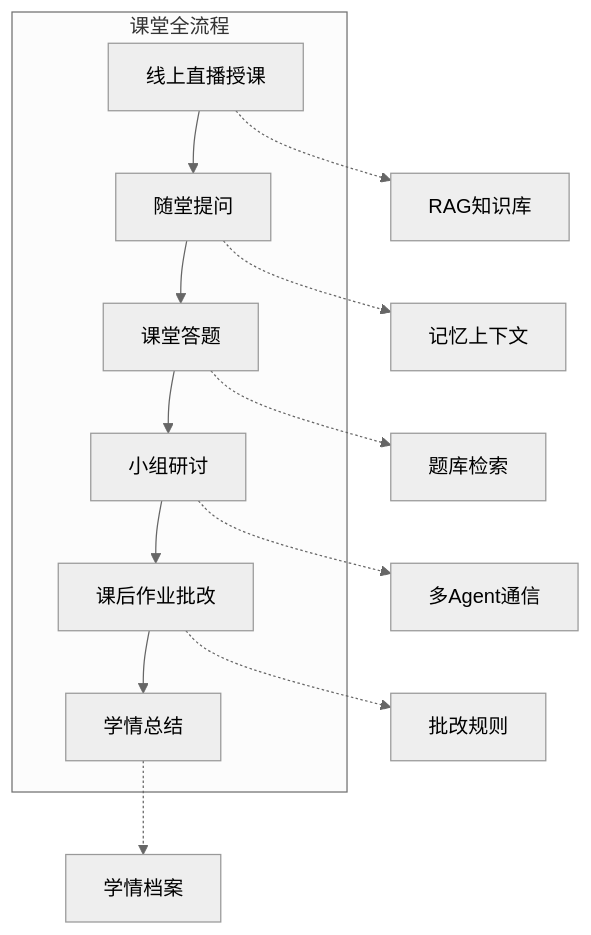
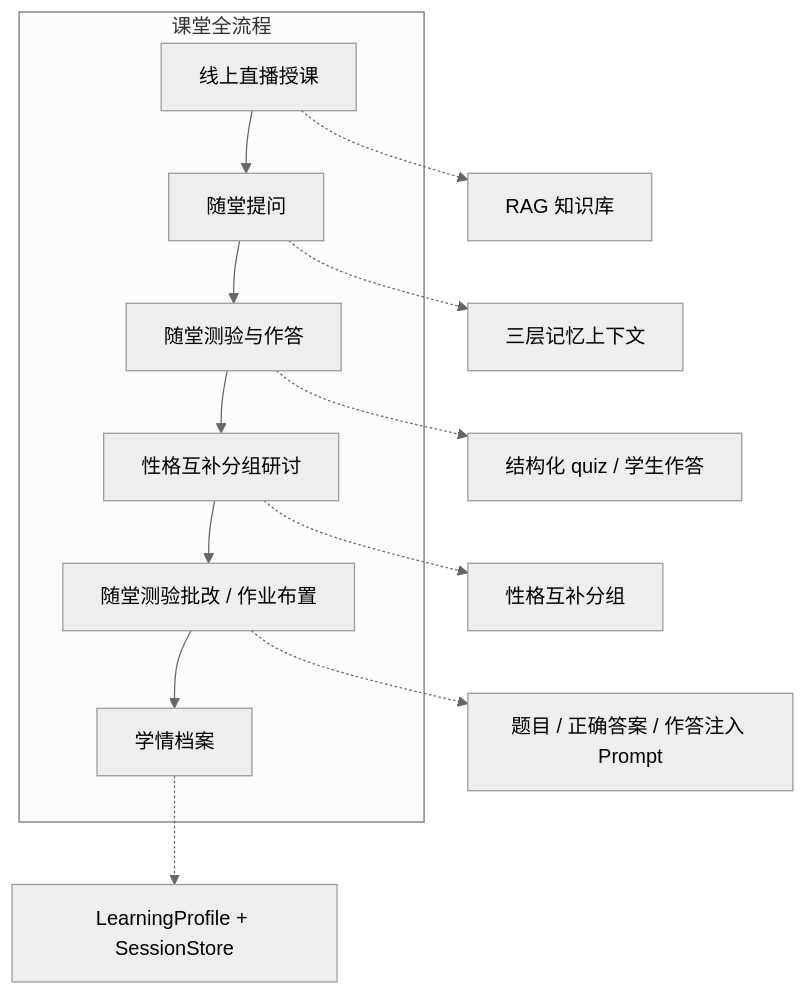
Before and after one commit to lz204/ai-classroom: the fifth of 10 diagrams in AI_Classroom_多智能体互动教学课堂_项目文档.md, drawn with Mermaid (neutral theme). The commit also changed other lines of this file and 1 other file, not shown here.

````diff
--- a/AI_Classroom_多智能体互动教学课堂_项目文档.md
+++ b/AI_Classroom_多智能体互动教学课堂_项目文档.md
@@ -246,19 +274,19 @@
 ```mermaid
 graph TD
     subgraph 课堂全流程
         P1[线上直播授课]
         P2[随堂提问]
-        P3[课堂答题]
-        P4[小组研讨]
-        P5[课后作业批改]
-        P6[学情总结]
+        P3[随堂测验与作答]
+        P4[性格互补分组研讨]
+        P5[随堂测验批改 / 作业布置]
+        P6[学情档案]
     end
 
     P1 --> P2 --> P3 --> P4 --> P5 --> P6
-    P1 -.-> R1[RAG知识库]
-    P2 -.-> R2[记忆上下文]
-    P3 -.-> R3[题库检索]
-    P4 -.-> R4[多Agent通信]
-    P5 -.-> R5[批改规则]
-    P6 -.-> R6[学情档案]
+    P1 -.-> R1[RAG 知识库]
+    P2 -.-> R2[三层记忆上下文]
+    P3 -.-> R3[结构化 quiz / 学生作答]
+    P4 -.-> R4[性格互补分组]
+    P5 -.-> R5[题目 / 正确答案 / 作答注入 Prompt]
+    P6 -.-> R6[LearningProfile + SessionStore]
 ```
````
